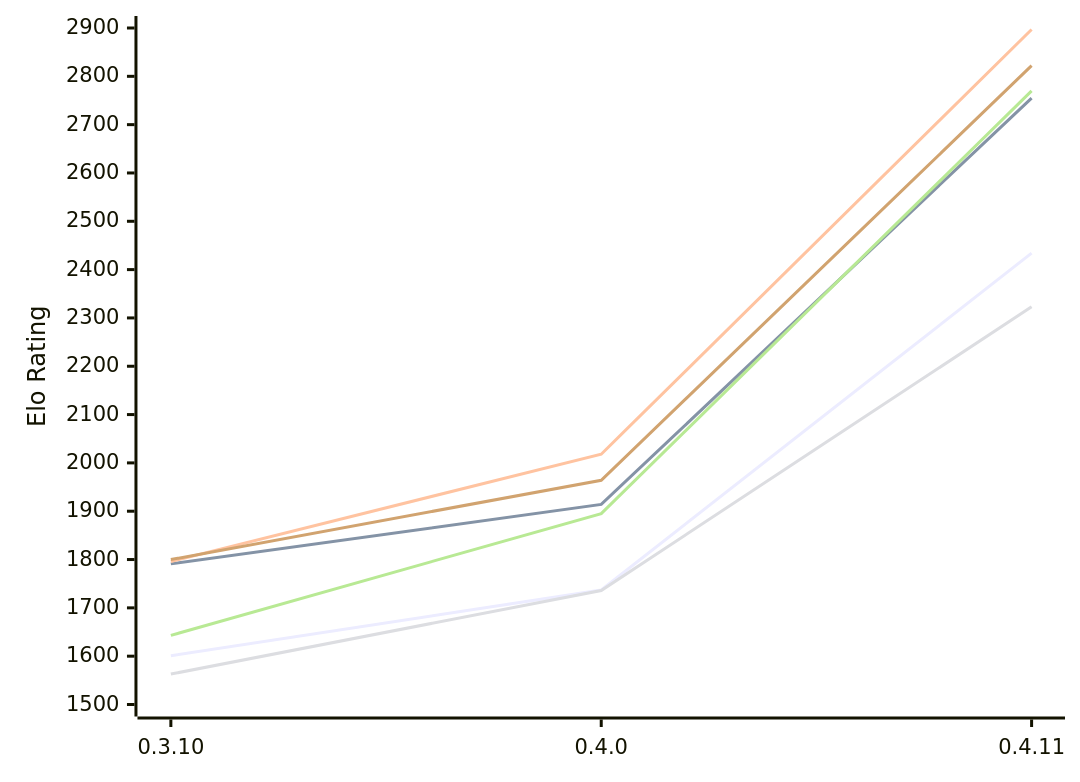
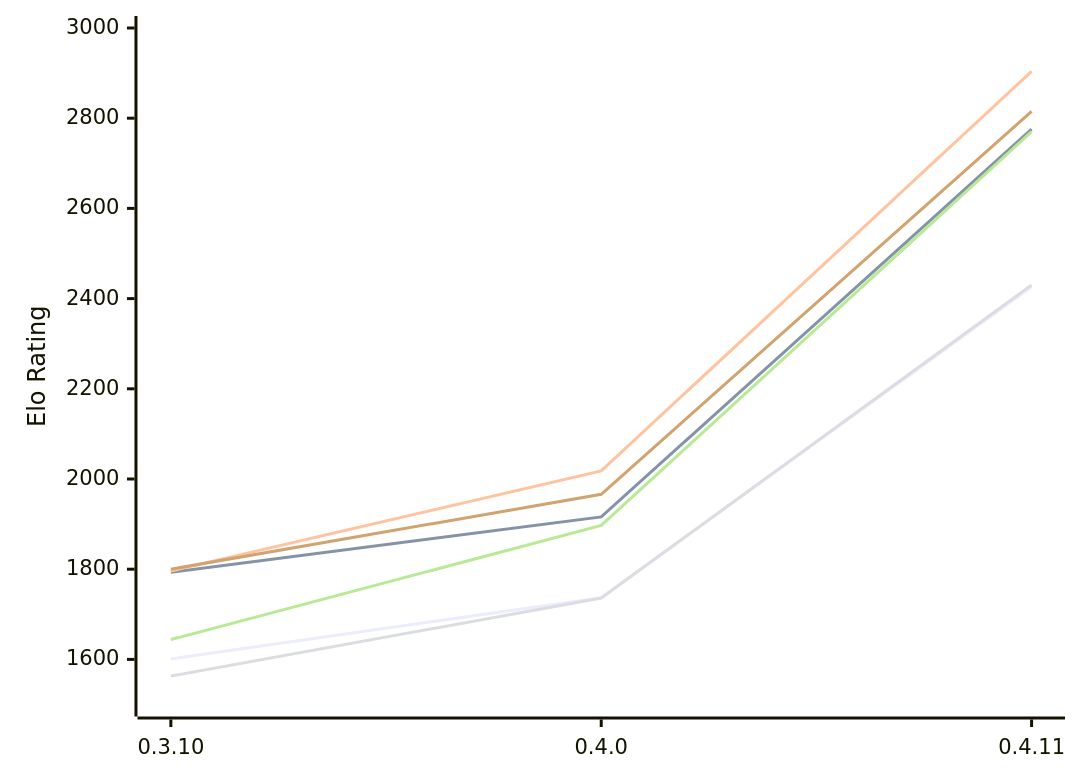
Before and after one commit to computer-chess-index/cci: the first of 2 diagrams in engines/Arche.md, drawn with Mermaid. The commit also changed other lines of this file, not shown here.

Commit message:
Update CCI Ratings (ELO VLTC) - 2026-11-27

````diff
--- a/engines/Arche.md
+++ b/engines/Arche.md
@@ -55,12 +55,12 @@
 ```mermaid
 %%{init: {"theme":"base","themeVariables":{"seriesColors:['#a3a3a3','#222221','#faa371']}}}%%
 xychart-beta
   x-axis ["0.3.10", "0.4.0", "0.4.11"]
-  y-axis "Elo Rating" 1500 --> 2900
-  line "E1: STC (8.0+0.08s)" [1601, 1737, 2434]
-  line "E1: LTC (60.0+0.60s)" [1791, 1914, 2755]
-  line "E1: VLTC (2m24s+1.12s)" [1796, 2018, 2897]
-  line "P1: STC (8.0+0.08s)" [1563, 1736, 2323]
-  line "P1: LTC (60.0+0.60s)" [1643, 1895, 2770]
-  line "P1: VLTC (2m24s+1.12s)" [1800, 1964, 2822]
+  y-axis "Elo Rating" 1500 --> 3000
+  line "E1: STC (8.0+0.08s)" [1601, 1737, 2426]
+  line "E1: LTC (60.0+0.60s)" [1793, 1916, 2776]
+  line "E1: VLTC (2m24s+1.12s)" [1796, 2018, 2904]
+  line "P1: STC (8.0+0.08s)" [1563, 1736, 2430]
+  line "P1: LTC (60.0+0.60s)" [1644, 1897, 2770]
+  line "P1: VLTC (2m24s+1.12s)" [1800, 1966, 2815]
 ```
````
